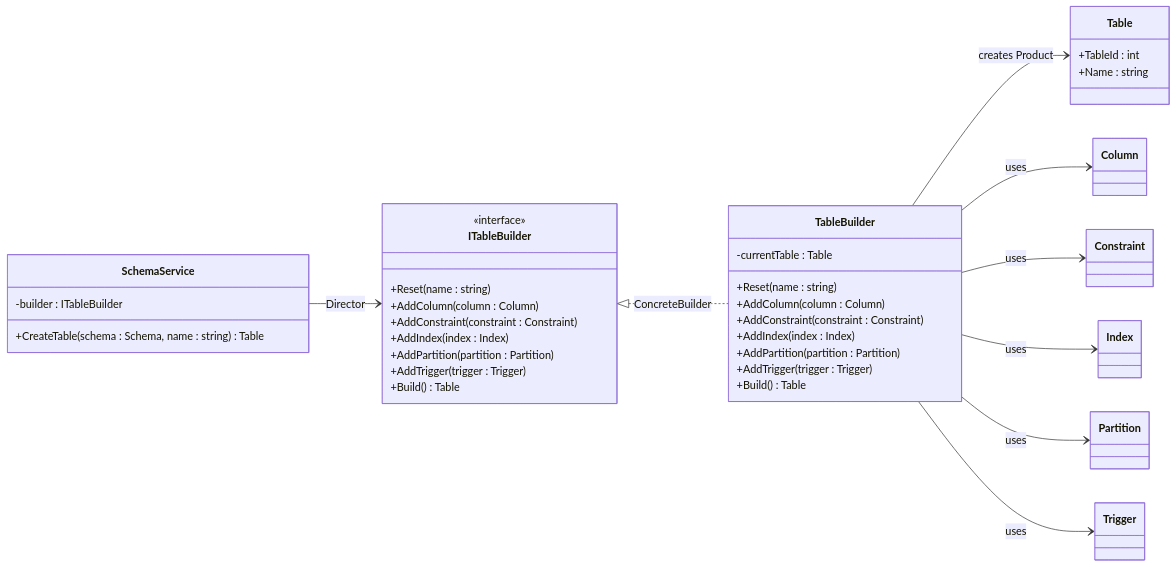
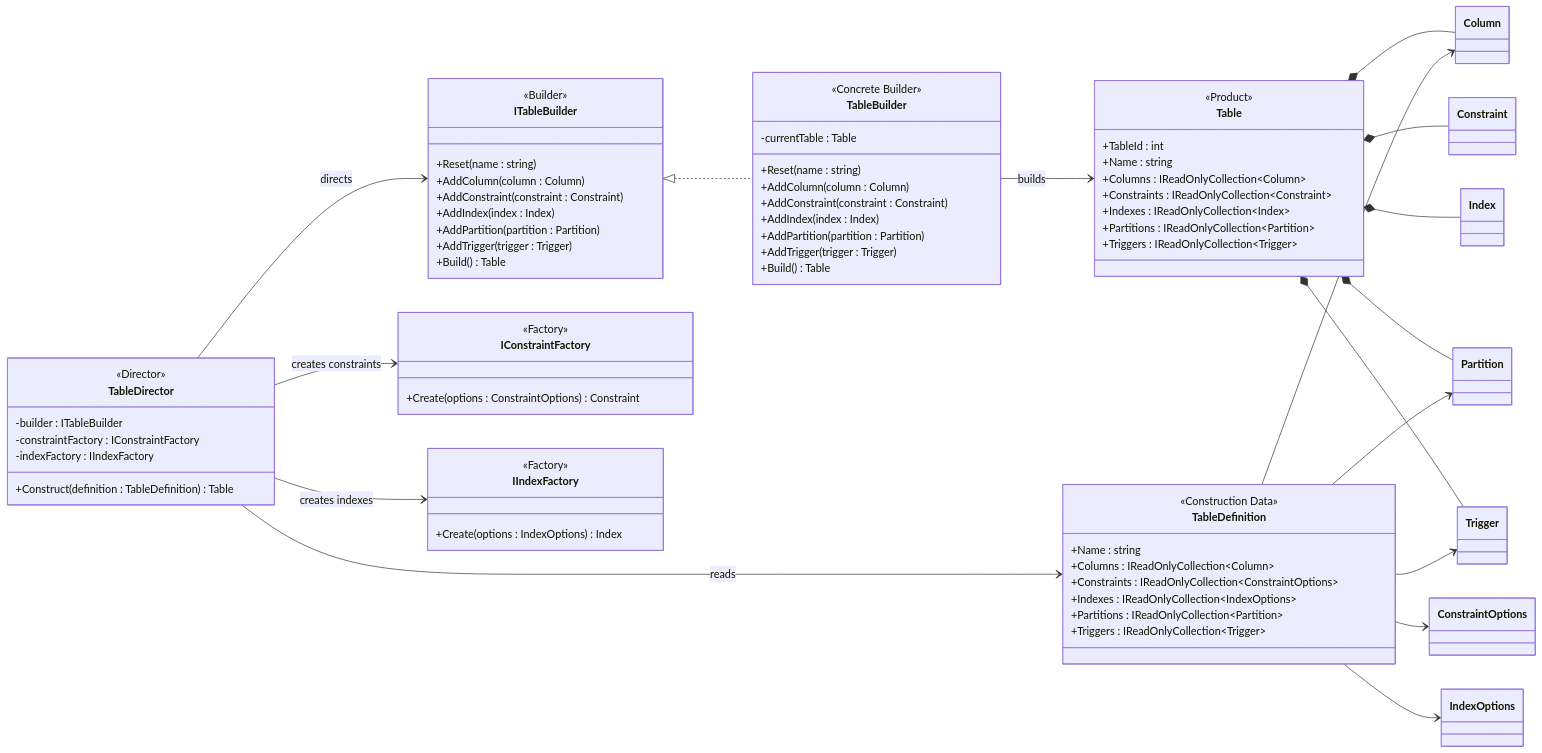
The fourth of 13 diagrams in docs/design-patterns/README.md (Hagiakhanh/bbv-dbms), drawn with Mermaid before and after one commit. The commit also changed other lines of this file, not shown here.

Commit message:
add sequence command design pattern

````diff
--- a/docs/design-patterns/README.md
+++ b/docs/design-patterns/README.md
@@ -590,8 +590,12 @@
 classDiagram
 direction LR
 
+%% =====================================================
+%% Builder Pattern
+%% =====================================================
+
 class ITableBuilder {
-    <<interface>>
+    <<Builder>>
     +Reset(name : string)
     +AddColumn(column : Column)
     +AddConstraint(constraint : Constraint)
@@ -602,6 +606,7 @@
 }
 
 class TableBuilder {
+    <<Concrete Builder>>
     -currentTable : Table
     +Reset(name : string)
     +AddColumn(column : Column)
@@ -612,27 +617,71 @@
     +Build() Table
 }
 
+class TableDirector {
+    <<Director>>
+    -builder : ITableBuilder
+    -constraintFactory : IConstraintFactory
+    -indexFactory : IIndexFactory
+    +Construct(definition : TableDefinition) Table
+}
+
+class TableDefinition {
+    <<Construction Data>>
+    +Name : string
+    +Columns : IReadOnlyCollection~Column~
+    +Constraints : IReadOnlyCollection~ConstraintOptions~
+    +Indexes : IReadOnlyCollection~IndexOptions~
+    +Partitions : IReadOnlyCollection~Partition~
+    +Triggers : IReadOnlyCollection~Trigger~
+}
+
 class Table {
+    <<Product>>
     +TableId : int
     +Name : string
+    +Columns : IReadOnlyCollection~Column~
+    +Constraints : IReadOnlyCollection~Constraint~
+    +Indexes : IReadOnlyCollection~Index~
+    +Partitions : IReadOnlyCollection~Partition~
+    +Triggers : IReadOnlyCollection~Trigger~
 }
 
-class SchemaService {
-    -builder : ITableBuilder
-    +CreateTable(schema : Schema, name : string) Table
-}
 class Column
 class Constraint
 class Index
 class Partition
 class Trigger
 
-SchemaService --> ITableBuilder : Director
-ITableBuilder <|.. TableBuilder : ConcreteBuilder
-TableBuilder --> Table : creates Product
-TableBuilder --> Column : uses
-TableBuilder --> Constraint : uses
-TableBuilder --> Index : uses
-TableBuilder --> Partition : uses
-TableBuilder --> Trigger : uses
+class IConstraintFactory {
+    <<Factory>>
+    +Create(options : ConstraintOptions) Constraint
+}
+
+class IIndexFactory {
+    <<Factory>>
+    +Create(options : IndexOptions) Index
+}
+
+class ConstraintOptions
+class IndexOptions
+
+ITableBuilder <|.. TableBuilder
+TableDirector --> ITableBuilder : directs
+TableDirector --> IConstraintFactory : creates constraints
+TableDirector --> IIndexFactory : creates indexes
+TableDirector --> TableDefinition : reads
+
+TableBuilder --> Table : builds
+
+Table *-- Column
+Table *-- Constraint
+Table *-- Index
+Table *-- Partition
+Table *-- Trigger
+
+TableDefinition --> Column
+TableDefinition --> ConstraintOptions
+TableDefinition --> IndexOptions
+TableDefinition --> Partition
+TableDefinition --> Trigger
 ```
````
